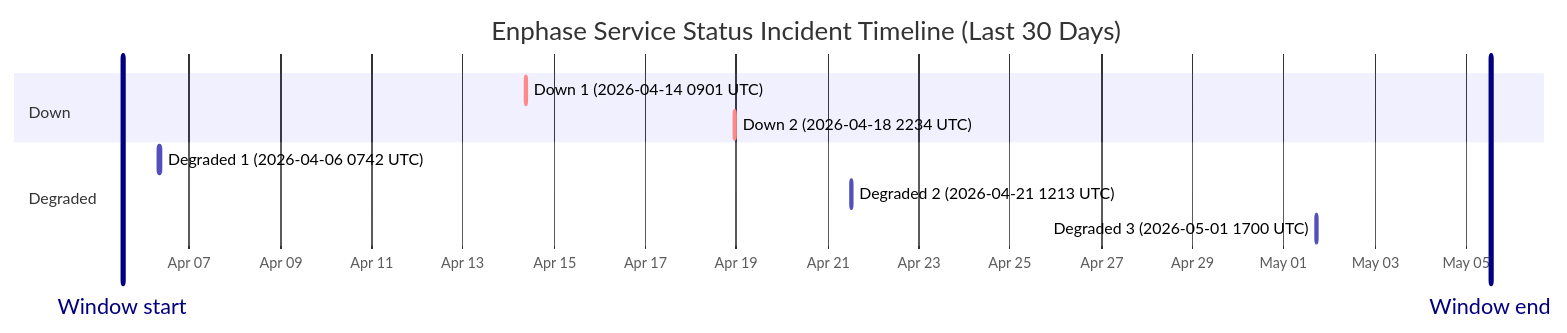
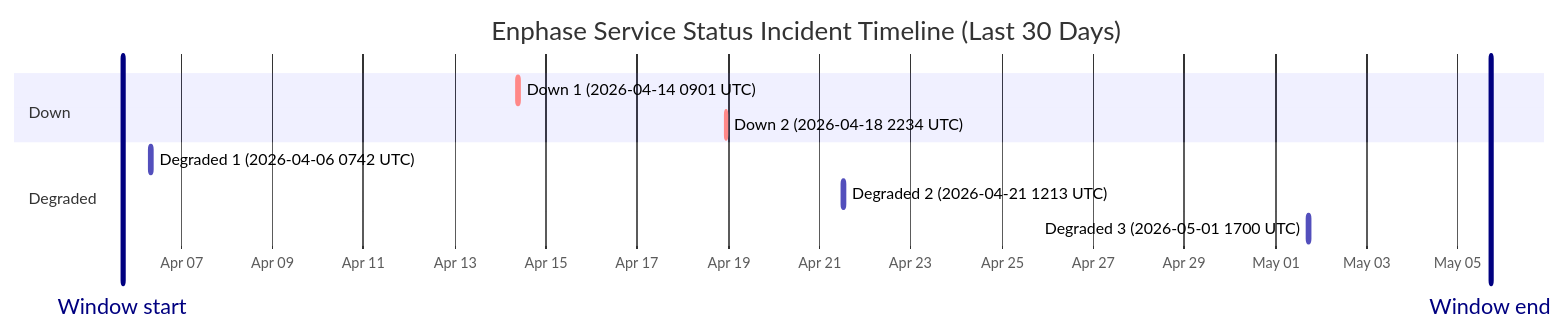
One commit to barneyonline/ha-enphase-ev-charger changed the diagram in wiki/Service-Status-History.md. Above: the diagram before and after it, drawn with Mermaid. The commit also changed other lines of this file and 3 other files, not shown here.

````diff
--- a/wiki/Service-Status-History.md
+++ b/wiki/Service-Status-History.md
@@ -14,15 +14,15 @@
 ```mermaid
 gantt
     title Enphase Service Status Incident Timeline (Last 30 Days)
     dateFormat  YYYY-MM-DDTHH:mm:ss
     axisFormat  %b %d
-    Window start :vert, window-start, 2026-04-05T12:46:04, 0ms
-    Window end :vert, window-end, 2026-05-05T12:46:04, 0ms
+    Window start :vert, window-start, 2026-04-05T17:03:46, 0ms
+    Window end :vert, window-end, 2026-05-05T17:03:46, 0ms
     section Down
     Down 1 (2026-04-14 0901 UTC) :crit, down-1, 2026-04-14T09:01:13, 60m
     Down 2 (2026-04-18 2234 UTC) :crit, down-2, 2026-04-18T22:34:13, 60m
     section Degraded
     Degraded 1 (2026-04-06 0742 UTC) :active, degraded-1, 2026-04-06T07:42:09, 85m
     Degraded 2 (2026-04-21 1213 UTC) :active, degraded-2, 2026-04-21T12:13:11, 60m
     Degraded 3 (2026-05-01 1700 UTC) :active, degraded-3, 2026-05-01T17:00:22, 60m
 ```
````
